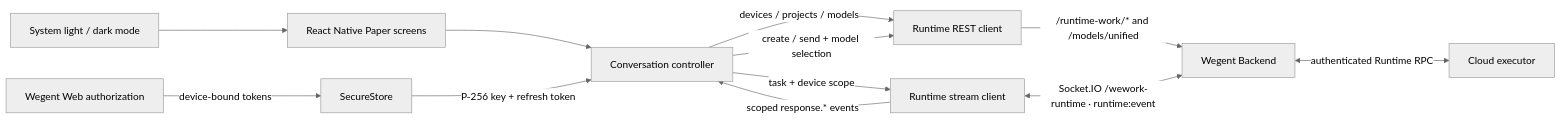
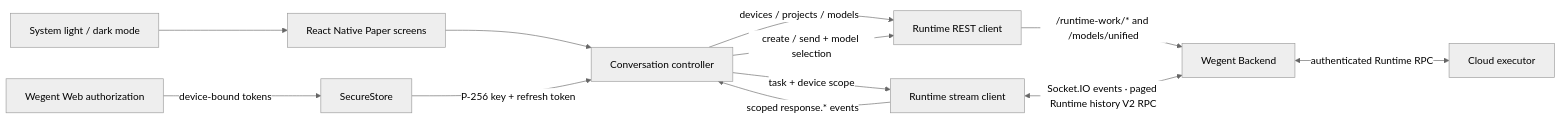
Before and after one commit to wecode-ai/Wegent: the diagram in wework-mobile/README.md, drawn with Mermaid (neutral theme). The commit also changed 75 other files, not shown here.

Commit message:
feat(wework): add mobile runtime parity and iOS e2e

````diff
--- a/wework-mobile/README.md
+++ b/wework-mobile/README.md
@@ -8,14 +8,14 @@
 ```mermaid
 flowchart LR
   T[System light / dark mode] --> UI[React Native Paper screens]
   UI --> C[Conversation controller]
   A[Wegent Web authorization] -->|device-bound tokens| K[SecureStore]
   K -->|P-256 key + refresh token| C
   C -->|devices / projects / models| R[Runtime REST client]
   C -->|create / send + model selection| R
   C -->|task + device scope| S[Runtime stream client]
   R -->|/runtime-work/* and /models/unified| B[Wegent Backend]
-  S <-->|Socket.IO /wework-runtime · runtime:event| B
+  S <-->|Socket.IO events · paged Runtime history V2 RPC| B
   B <-->|authenticated Runtime RPC| E[Cloud executor]
   S -->|scoped response.* events| C
 ```
````
